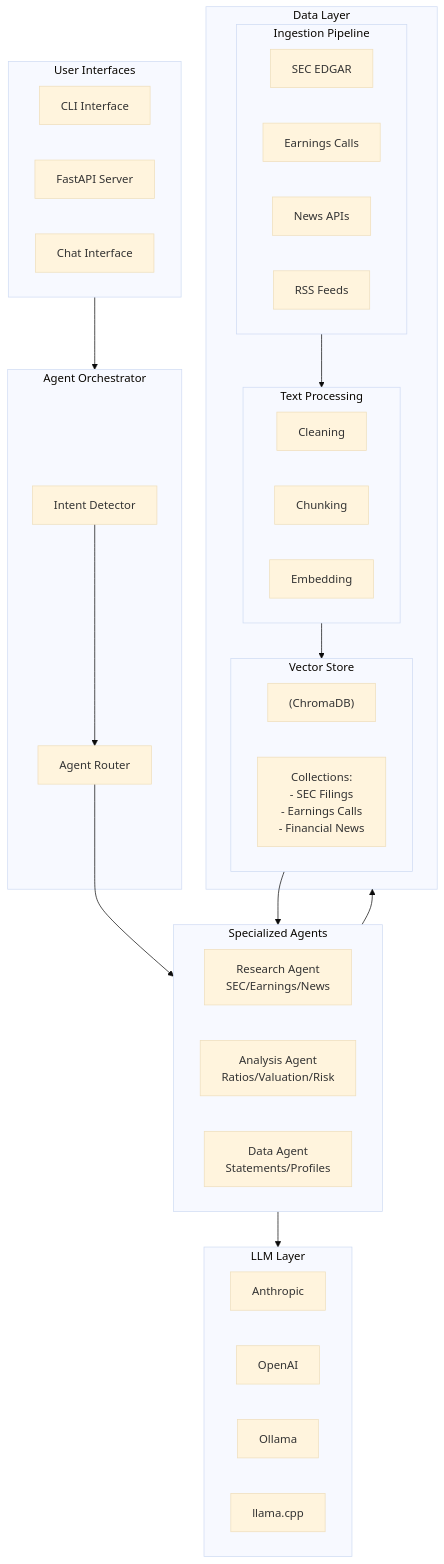
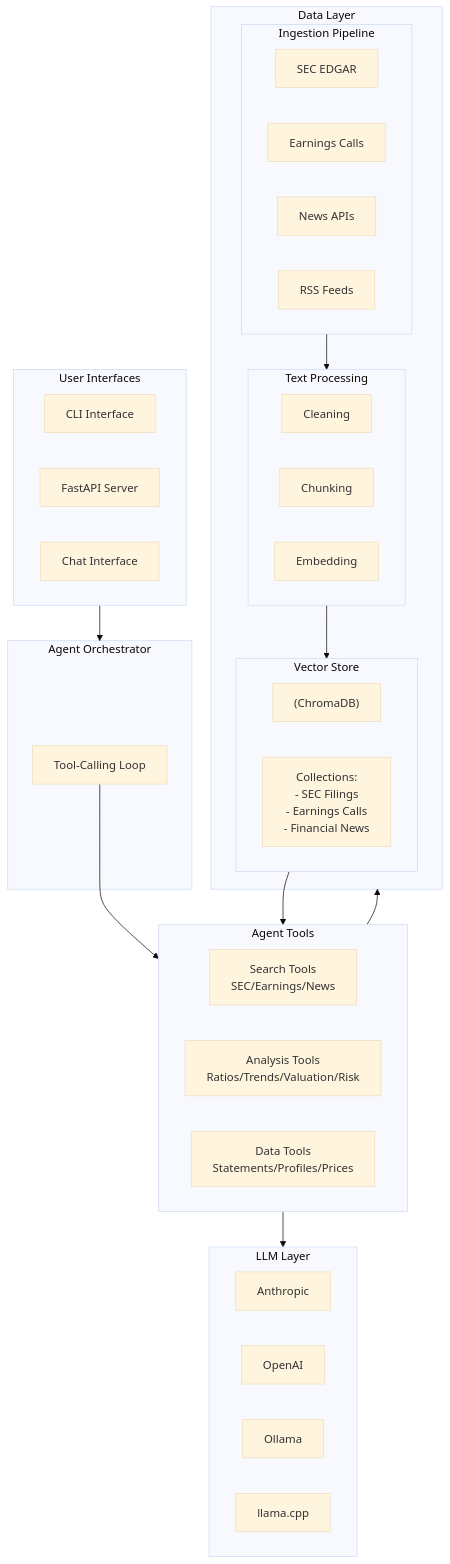
The diagram in README.md (pankajshakya627/ai-financial-analyst-agent), drawn with Mermaid (base theme) before and after one commit. The commit also changed other lines of this file and 18 other files, not shown here.

First line of the commit message:
Fix API gaps, add analysis depth, remove dead multi-agent code

````diff
--- a/README.md
+++ b/README.md
@@ -9,55 +9,53 @@
 ```mermaid
 flowchart TB
     subgraph UserInterfaces["User Interfaces"]
         CLI["CLI Interface"]
         FastAPI["FastAPI Server"]
         Chat["Chat Interface"]
     end
 
     subgraph Orchestrator["Agent Orchestrator"]
-        Intent["Intent Detector"]
-        Router["Agent Router"]
+        Loop["Tool-Calling Loop"]
     end
 
-    subgraph Agents["Specialized Agents"]
-        Research["Research Agent<br/>SEC/Earnings/News"]
-        Analysis["Analysis Agent<br/>Ratios/Valuation/Risk"]
-        Data["Data Agent<br/>Statements/Profiles"]
+    subgraph Tools["Agent Tools"]
+        Search["Search Tools<br/>SEC/Earnings/News"]
+        Analyze["Analysis Tools<br/>Ratios/Trends/Valuation/Risk"]
+        DataTools["Data Tools<br/>Statements/Profiles/Prices"]
     end
 
     subgraph DataLayer["Data Layer"]
         subgraph Ingestion["Ingestion Pipeline"]
             SEC["SEC EDGAR"]
             Earnings["Earnings Calls"]
             News["News APIs"]
             RSS["RSS Feeds"]
         end
         
         subgraph Processing["Text Processing"]
             Clean["Cleaning"]
             Chunk["Chunking"]
             Embed["Embedding"]
         end
         
         subgraph Storage["Vector Store"]
             ChromaDB["(ChromaDB)"]
             Collections["Collections:<br/>- SEC Filings<br/>- Earnings Calls<br/>- Financial News"]
         end
     end
 
     subgraph LLM["LLM Layer"]
         Anthropic["Anthropic"]
         OpenAI["OpenAI"]
         Ollama["Ollama"]
         LlamaCPP["llama.cpp"]
     end
 
     UserInterfaces --> Orchestrator
-    Intent --> Router
-    Router --> Agents
-    Agents --> DataLayer
-    Agents --> LLM
+    Loop --> Tools
+    Tools --> DataLayer
+    Tools --> LLM
     Ingestion --> Processing
     Processing --> Storage
-    Storage --> Agents
+    Storage --> Tools
 ```
````
